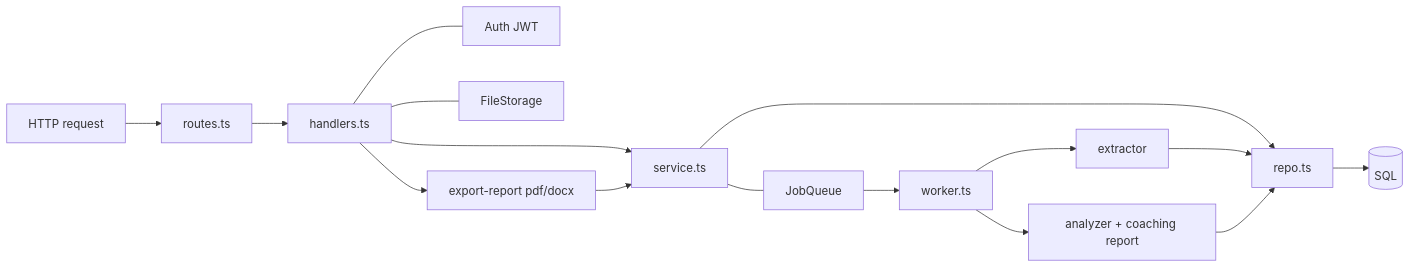
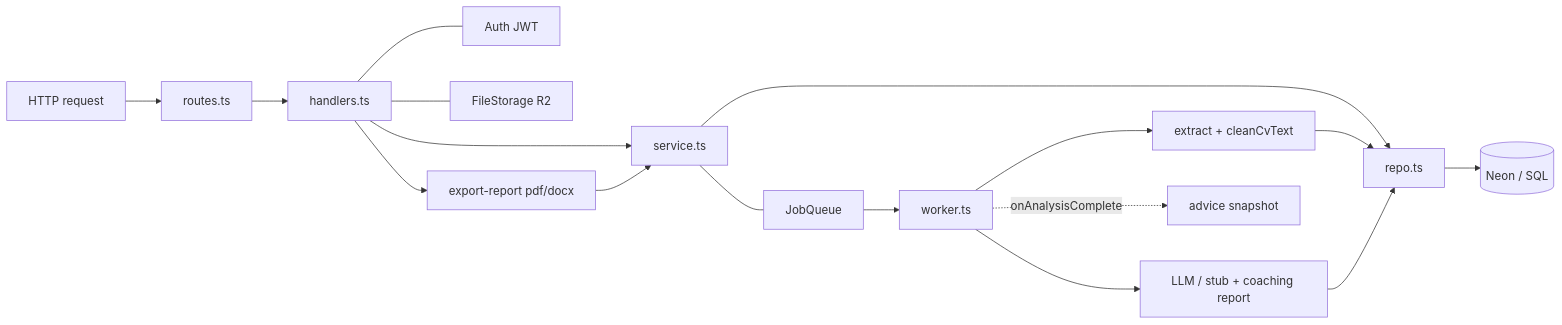
Before and after one commit to nguyentantai21042004/co3065-advanced-software-engineering: the first of 3 diagrams in documents/architecture/logical.md, drawn with Mermaid. The commit also changed other lines of this file and 7 other files, not shown here.

First line of the commit message:
docs: Vietnamese presentation guides and architecture refresh

````diff
--- a/documents/architecture/logical.md
+++ b/documents/architecture/logical.md
@@ -12,19 +18,20 @@
 ```mermaid
 flowchart LR
   http["HTTP request"] --> routes["routes.ts"]
   routes --> handlers["handlers.ts"]
   handlers --> service["service.ts"]
   service --> repo["repo.ts"]
-  repo --> sql[("SQL")]
+  repo --> sql[("Neon / SQL")]
 
   handlers --- auth["Auth JWT"]
-  handlers --- storage["FileStorage"]
+  handlers --- storage["FileStorage R2"]
   service --- queue["JobQueue"]
   queue --> worker["worker.ts"]
-  worker --> extractor["extractor"]
-  worker --> analyzer["analyzer + coaching report"]
+  worker --> extractor["extract + cleanCvText"]
+  worker --> analyzer["LLM / stub + coaching report"]
   extractor --> repo
   analyzer --> repo
   handlers --> export["export-report pdf/docx"]
   export --> service
+  worker -.->|onAnalysisComplete| advice["advice snapshot"]
 ```
````
